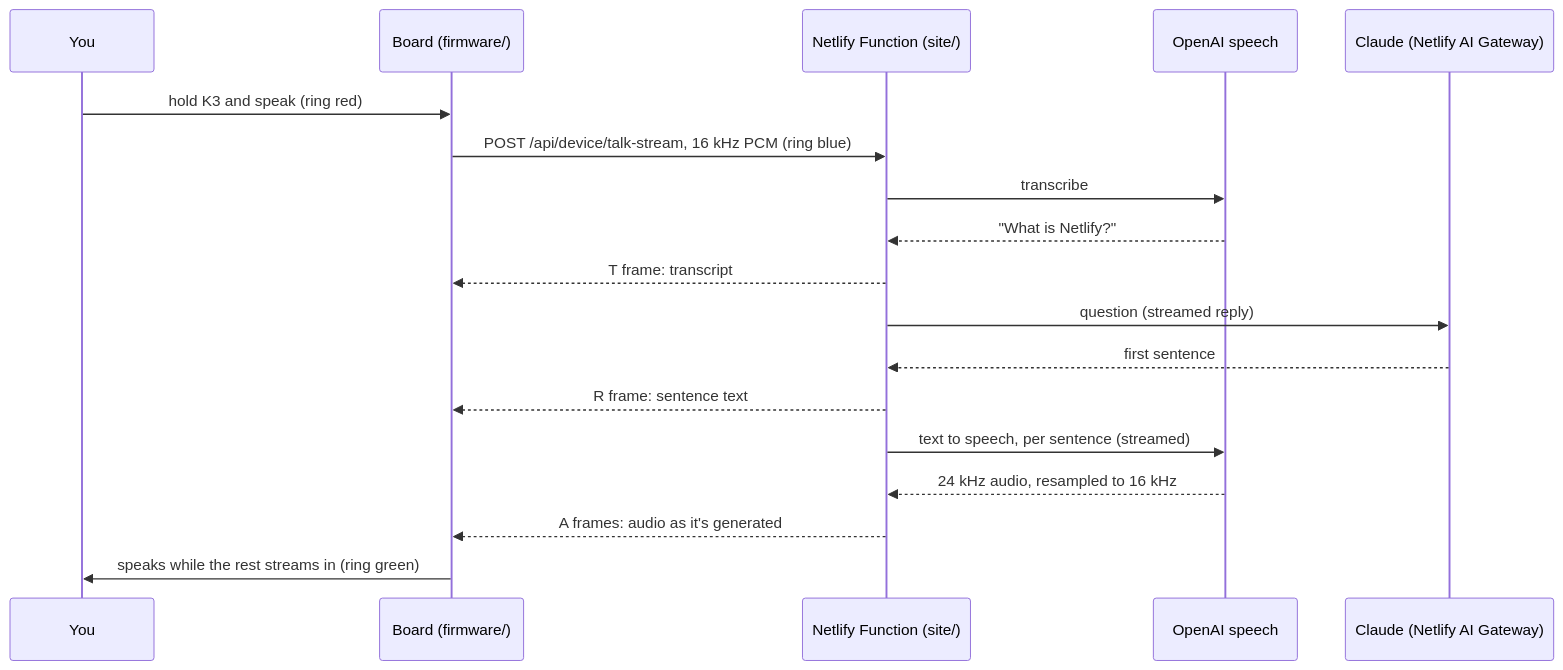
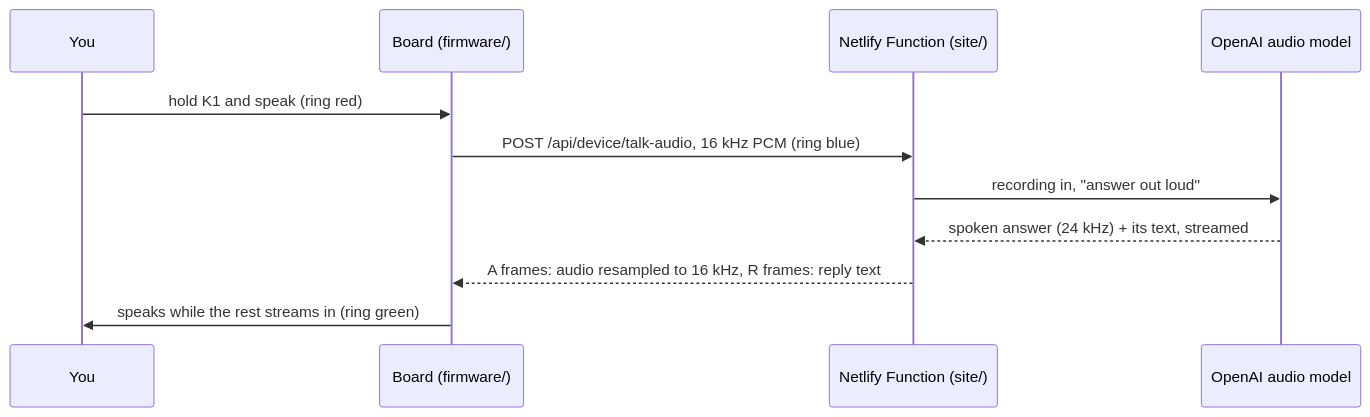
One commit to bridgpal/smart-esp32 changed the diagram in README.md. Above: the diagram before and after it, drawn with Mermaid. The commit also changed other lines of this file and 12 other files, not shown here.

First line of the commit message:
Remove the Claude pipeline; OpenAI only, with the site's own key

````diff
--- a/README.md
+++ b/README.md
@@ -22,21 +25,14 @@
 ```mermaid
 sequenceDiagram
     participant U as You
     participant B as Board (firmware/)
     participant N as Netlify Function (site/)
-    participant O as OpenAI speech
-    participant C as Claude (Netlify AI Gateway)
+    participant O as OpenAI audio model
 
-    U->>B: hold K3 and speak (ring red)
-    B->>N: POST /api/device/talk-stream, 16 kHz PCM (ring blue)
-    N->>O: transcribe
-    O-->>N: "What is Netlify?"
-    N-->>B: T frame: transcript
-    N->>C: question (streamed reply)
-    C-->>N: first sentence
-    N-->>B: R frame: sentence text
-    N->>O: text to speech, per sentence (streamed)
-    O-->>N: 24 kHz audio, resampled to 16 kHz
-    N-->>B: A frames: audio as it's generated
+    U->>B: hold K1 and speak (ring red)
+    B->>N: POST /api/device/talk-audio, 16 kHz PCM (ring blue)
+    N->>O: recording in, "answer out loud"
+    O-->>N: spoken answer (24 kHz) + its text, streamed
+    N-->>B: A frames: audio resampled to 16 kHz, R frames: reply text
     B->>U: speaks while the rest streams in (ring green)
 ```
````
